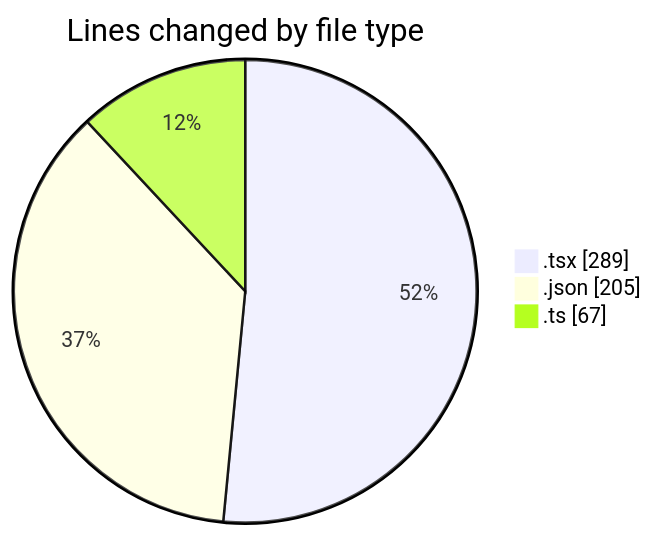
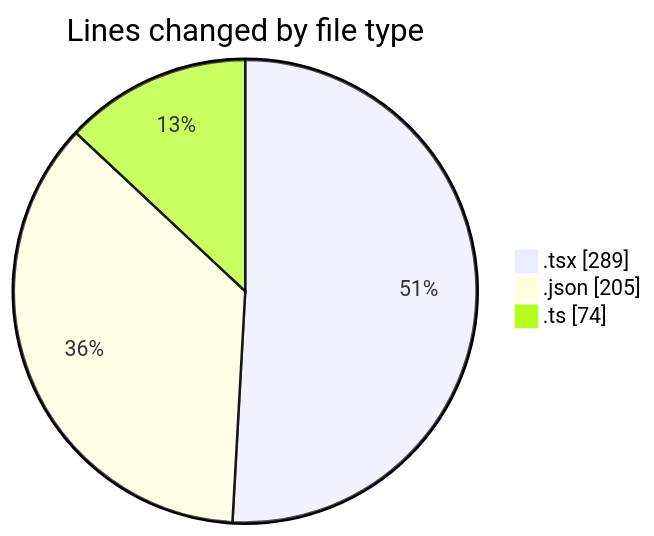
One commit to Elitesun/code-tracking changed the first of 2 diagrams in 2025-04-30/niten/README.md. Above: the diagram before and after it, drawn with Mermaid. The commit also changed other lines of this file and 1 other file, not shown here.

````diff
--- a/2025-04-30/niten/README.md
+++ b/2025-04-30/niten/README.md
@@ -27,7 +28,7 @@
 ```mermaid
 pie showData
 title Lines changed by file type
 ".tsx" : 289
 ".json" : 205
-".ts" : 67
+".ts" : 74
 ```
````
